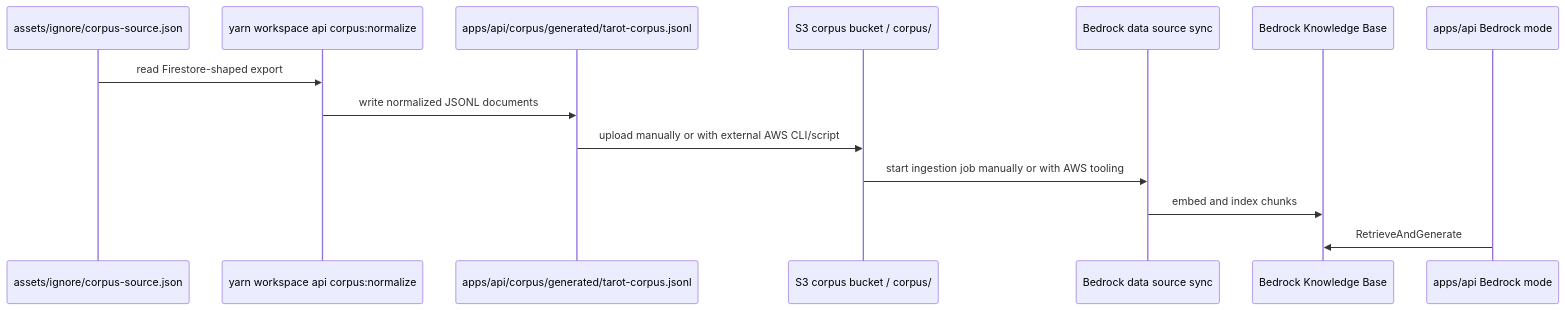
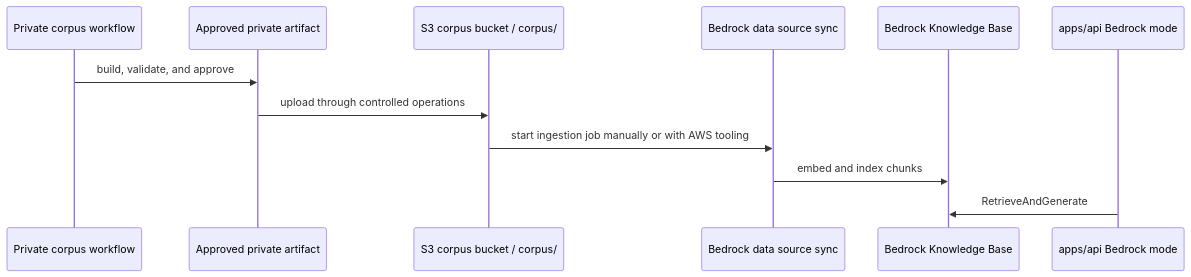
Before and after one commit to ava-collins/simple-tarot: the third of 3 diagrams in docs/bedrock_rag_api_integration.md, drawn with Mermaid. The commit also changed other lines of this file and 16 other files, not shown here.

````diff
--- a/docs/bedrock_rag_api_integration.md
+++ b/docs/bedrock_rag_api_integration.md
@@ -235,17 +233,15 @@
 ```mermaid
 sequenceDiagram
-    participant Source as assets/ignore/corpus-source.json
-    participant Script as yarn workspace api corpus:normalize
-    participant JSONL as apps/api/corpus/generated/tarot-corpus.jsonl
+    participant Owner as Private corpus workflow
+    participant Artifact as Approved private artifact
     participant S3 as S3 corpus bucket / corpus/
     participant Sync as Bedrock data source sync
     participant KB as Bedrock Knowledge Base
     participant API as apps/api Bedrock mode
 
-    Source->>Script: read Firestore-shaped export
-    Script->>JSONL: write normalized JSONL documents
-    JSONL->>S3: upload manually or with external AWS CLI/script
+    Owner->>Artifact: build, validate, and approve
+    Artifact->>S3: upload through controlled operations
     S3->>Sync: start ingestion job manually or with AWS tooling
     Sync->>KB: embed and index chunks
     API->>KB: RetrieveAndGenerate
 ```
````
